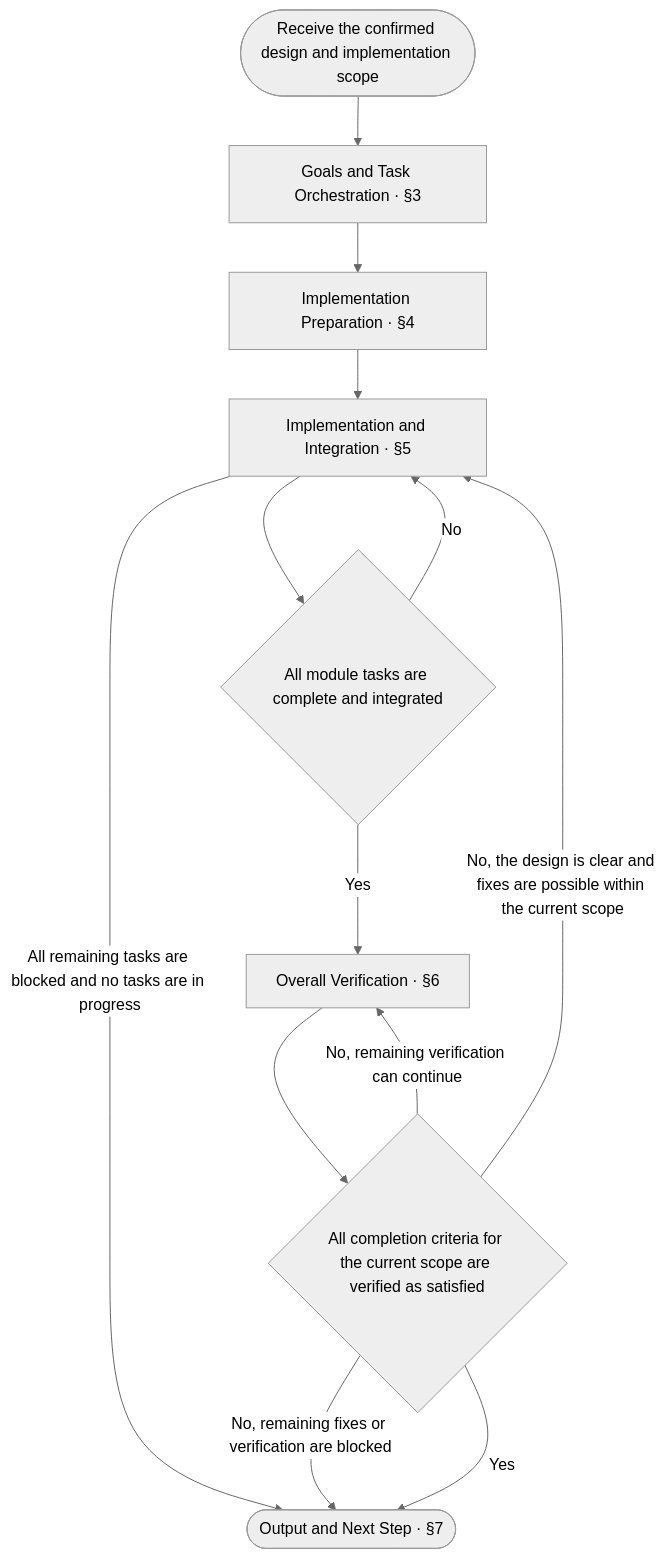
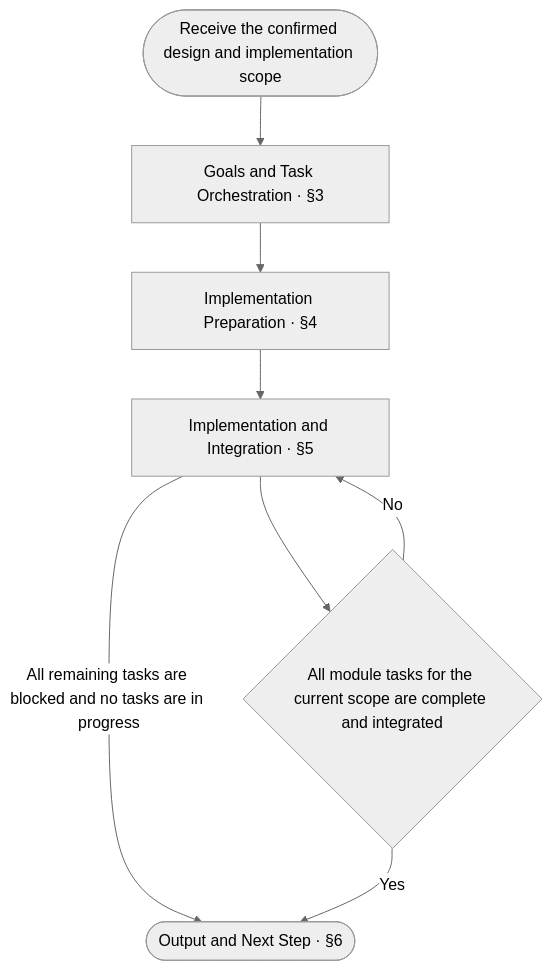
The diagram in dist/antigravity-cli/aca-implement/SKILL.md (ruozi/anyone-can-architect), drawn with Mermaid (neutral theme) before and after one commit. The commit also changed other lines of this file and 116 other files, not shown here.

````diff
--- a/dist/antigravity-cli/aca-implement/SKILL.md
+++ b/dist/antigravity-cli/aca-implement/SKILL.md
@@ -38,15 +36,10 @@
 ```mermaid
 flowchart TD
     Start([Receive the confirmed design and implementation scope]) --> Plan["Goals and Task Orchestration · §3"]
     Plan --> Prepare["Implementation Preparation · §4"]
     Prepare --> Implement["Implementation and Integration · §5"]
     Implement -- All remaining tasks are blocked and no tasks are in progress --> Report
-    Implement --> Modules{All module tasks are complete and integrated}
+    Implement --> Modules{All module tasks for the current scope are complete and integrated}
     Modules -- No --> Implement
-    Modules -- Yes --> Verify["Overall Verification · §6"]
-    Verify --> Complete{All completion criteria for the current scope are verified as satisfied}
-    Complete -- No, the design is clear and fixes are possible within the current scope --> Implement
-    Complete -- No, remaining verification can continue --> Verify
-    Complete -- No, remaining fixes or verification are blocked --> Report
-    Complete -- Yes --> Report(["Output and Next Step · §7"])
+    Modules -- Yes --> Report(["Output and Next Step · §6"])
 ```
````
